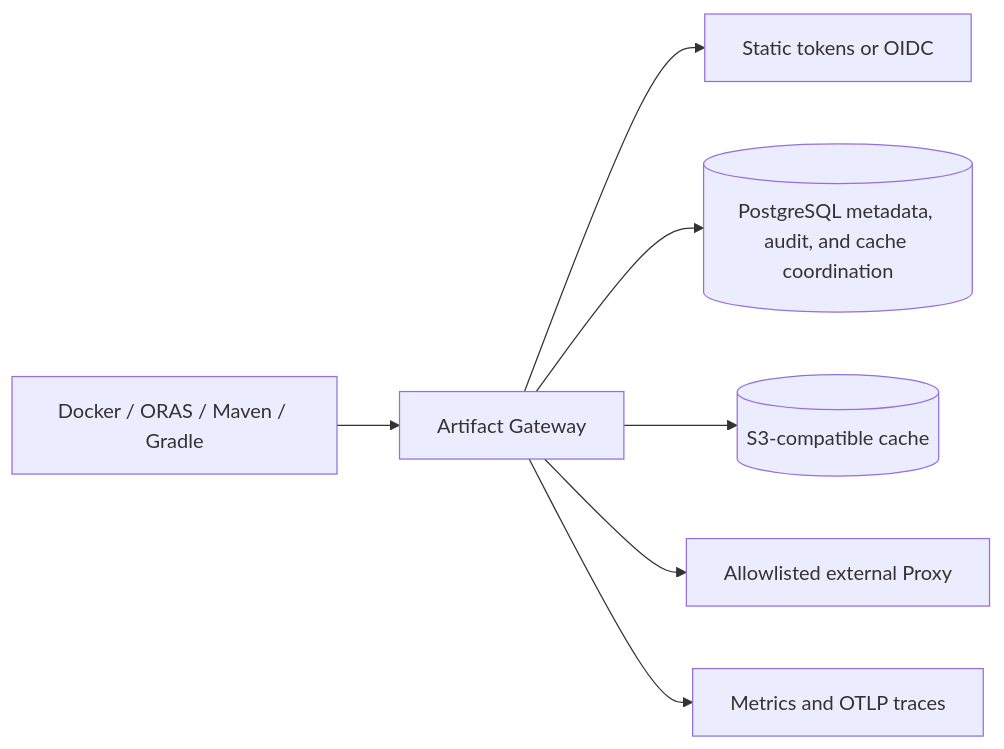
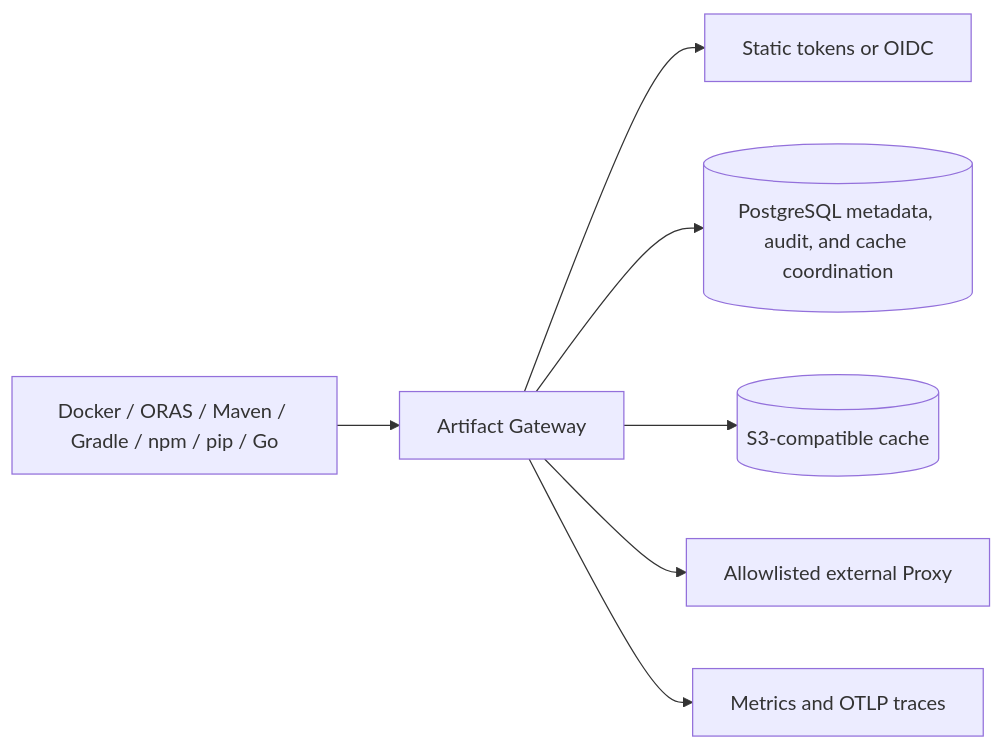
The diagram in docs/release-readiness.md (ccsert/artifact-gateway), drawn with Mermaid before and after one commit. The commit also changed other lines of this file and 9 other files, not shown here.

````diff
--- a/docs/release-readiness.md
+++ b/docs/release-readiness.md
@@ -145,9 +150,9 @@
 ```mermaid
 flowchart LR
-  clients[Docker / ORAS / Maven / Gradle] --> gateway[Artifact Gateway]
+  clients[Docker / ORAS / Maven / Gradle / npm / pip / Go] --> gateway[Artifact Gateway]
   gateway --> auth[Static tokens or OIDC]
   gateway --> postgres[(PostgreSQL metadata, audit, and cache coordination)]
   gateway --> cache[(S3-compatible cache)]
   gateway --> proxy[Allowlisted external Proxy]
   gateway --> telemetry[Metrics and OTLP traces]
 ```
````
